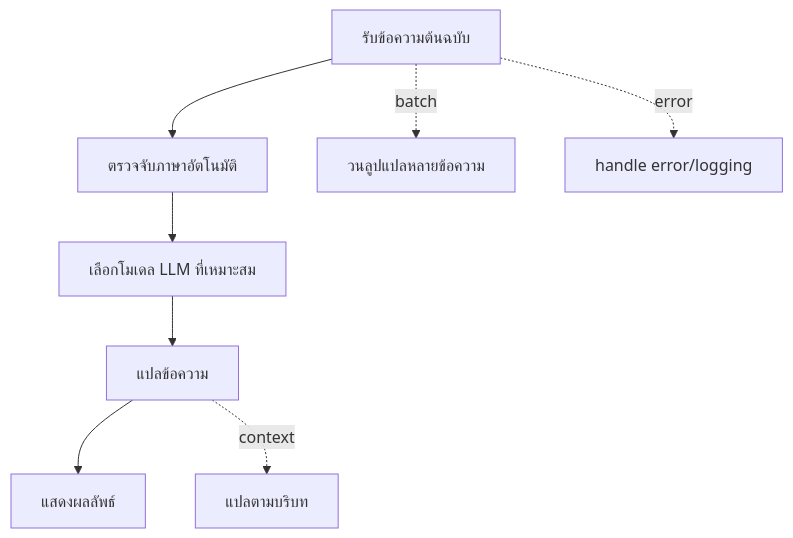
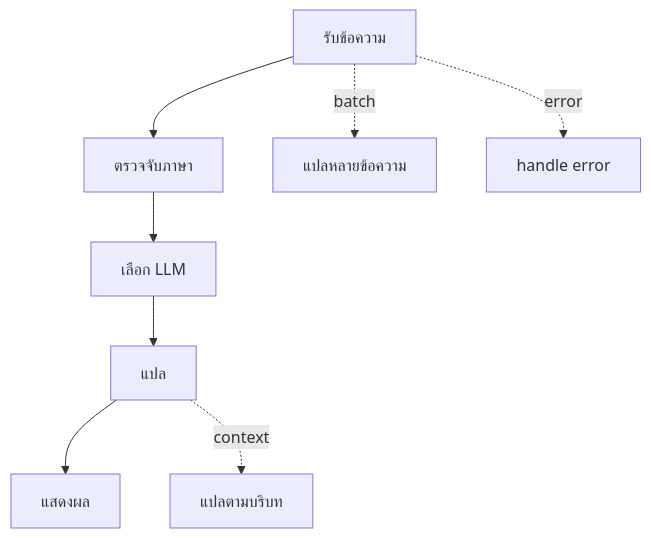
Before and after one commit to JonusNattapong/LangChainOllama: the sixth of 16 diagrams in README.md, drawn with Mermaid. The commit also changed other lines of this file, not shown here.

Commit message:
refactor: Simplify and clarify flow diagrams in README for better readability

````diff
--- a/README.md
+++ b/README.md
@@ -376,10 +376,10 @@
 ```mermaid
 graph TD
-    A[รับข้อความต้นฉบับ] --> B[ตรวจจับภาษาอัตโนมัติ]
-    B --> C[เลือกโมเดล LLM ที่เหมาะสม]
-    C --> D[แปลข้อความ]
-    D --> E[แสดงผลลัพธ์]
-    A -. batch .-> F[วนลูปแปลหลายข้อความ]
+    A[รับข้อความ] --> B[ตรวจจับภาษา]
+    B --> C[เลือก LLM]
+    C --> D[แปล]
+    D --> E[แสดงผล]
+    A -. batch .-> F[แปลหลายข้อความ]
     D -. context .-> G[แปลตามบริบท]
-    A -. error .-> H[handle error/logging]
+    A -. error .-> H[handle error]
 ```
````
